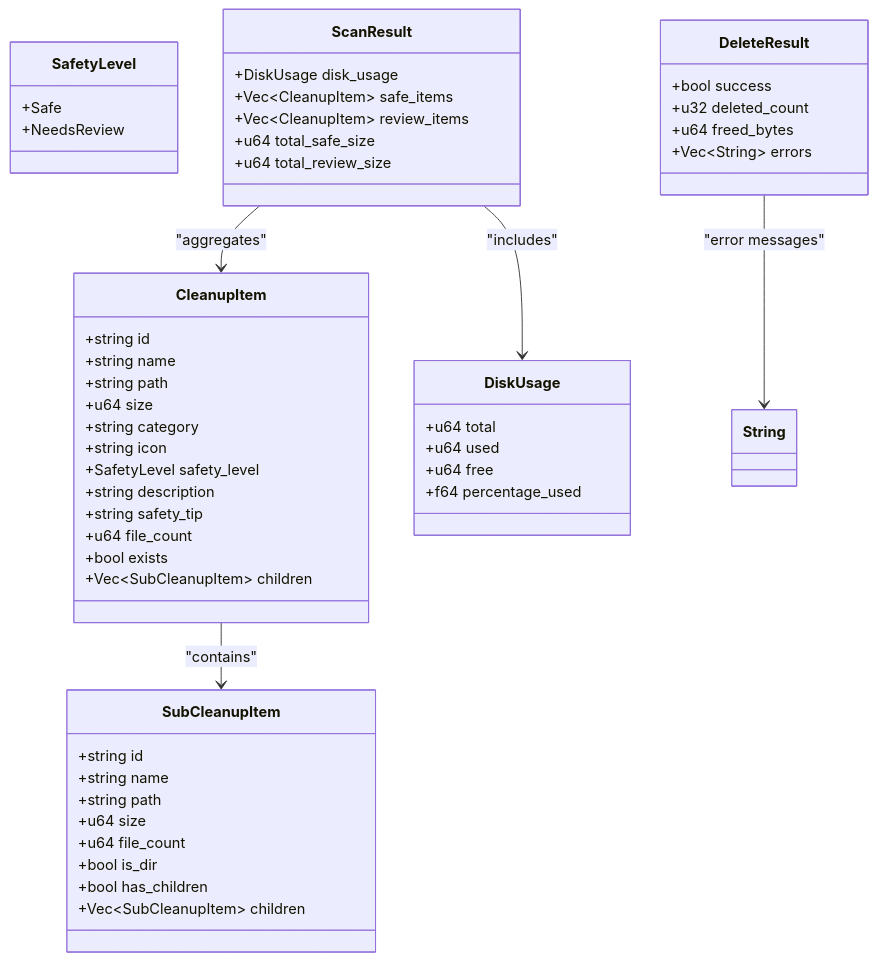
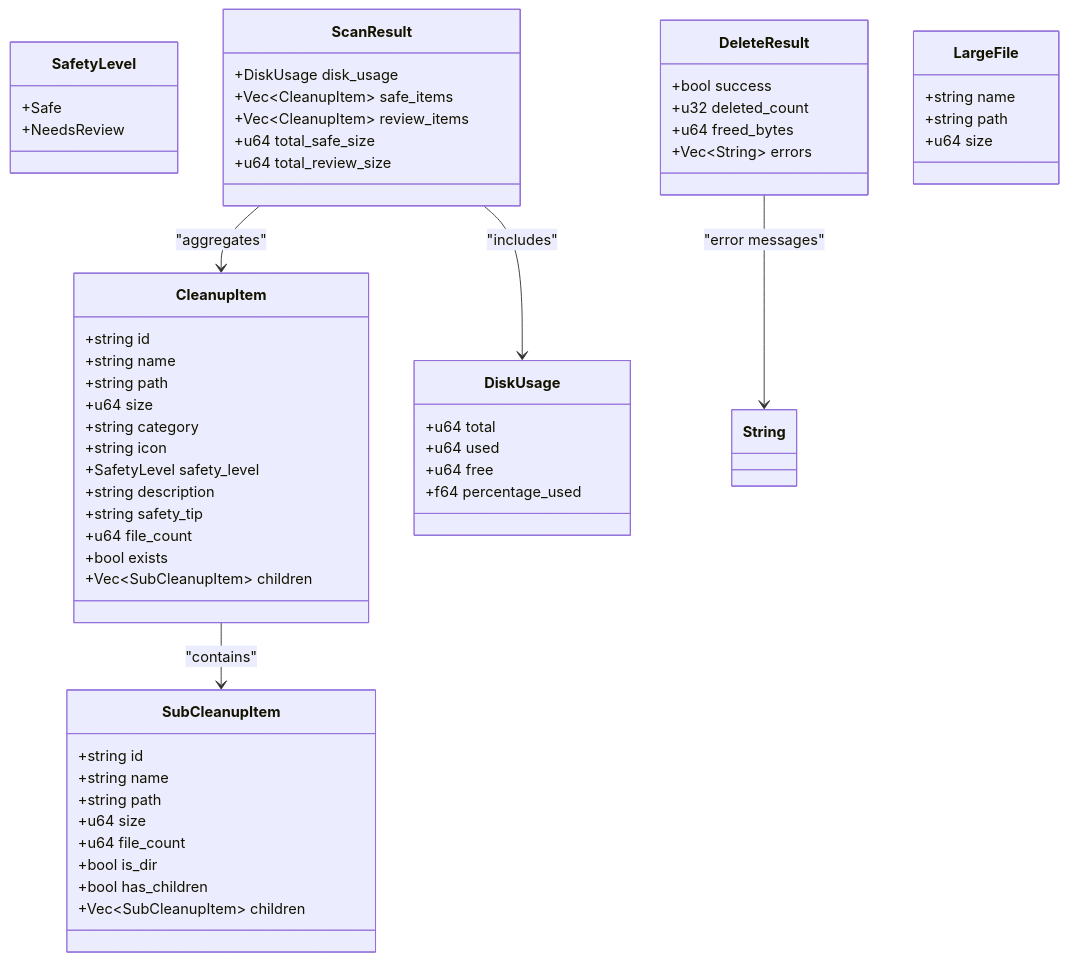
Before and after one commit to mrtruongleo/FreeSpaceMacos: the second of 13 diagrams in .qoder/repowiki/en/content/Technical Implementation Details/Backend Architecture (Rust)/Backend Architecture (Rust).md, drawn with Mermaid. The commit also changed other lines of this file and 31 other files, not shown here.

````diff
--- a/.qoder/repowiki/en/content/Technical Implementation Details/Backend Architecture (Rust)/Backend Architecture (Rust).md
+++ b/.qoder/repowiki/en/content/Technical Implementation Details/Backend Architecture (Rust)/Backend Architecture (Rust).md
@@ -73,54 +88,59 @@
 ```mermaid
 classDiagram
 class SafetyLevel {
 +Safe
 +NeedsReview
 }
 class SubCleanupItem {
 +string id
 +string name
 +string path
 +u64 size
 +u64 file_count
 +bool is_dir
 +bool has_children
 +Vec~SubCleanupItem~ children
 }
 class CleanupItem {
 +string id
 +string name
 +string path
 +u64 size
 +string category
 +string icon
 +SafetyLevel safety_level
 +string description
 +string safety_tip
 +u64 file_count
 +bool exists
 +Vec~SubCleanupItem~ children
 }
 class DiskUsage {
 +u64 total
 +u64 used
 +u64 free
 +f64 percentage_used
 }
 class ScanResult {
 +DiskUsage disk_usage
 +Vec~CleanupItem~ safe_items
 +Vec~CleanupItem~ review_items
 +u64 total_safe_size
 +u64 total_review_size
 }
 class DeleteResult {
 +bool success
 +u32 deleted_count
 +u64 freed_bytes
 +Vec~String~ errors
 }
+class LargeFile {
++string name
++string path
++u64 size
+}
 CleanupItem --> SubCleanupItem : "contains"
 ScanResult --> CleanupItem : "aggregates"
 ScanResult --> DiskUsage : "includes"
 DeleteResult --> String : "error messages"
 ```
````
